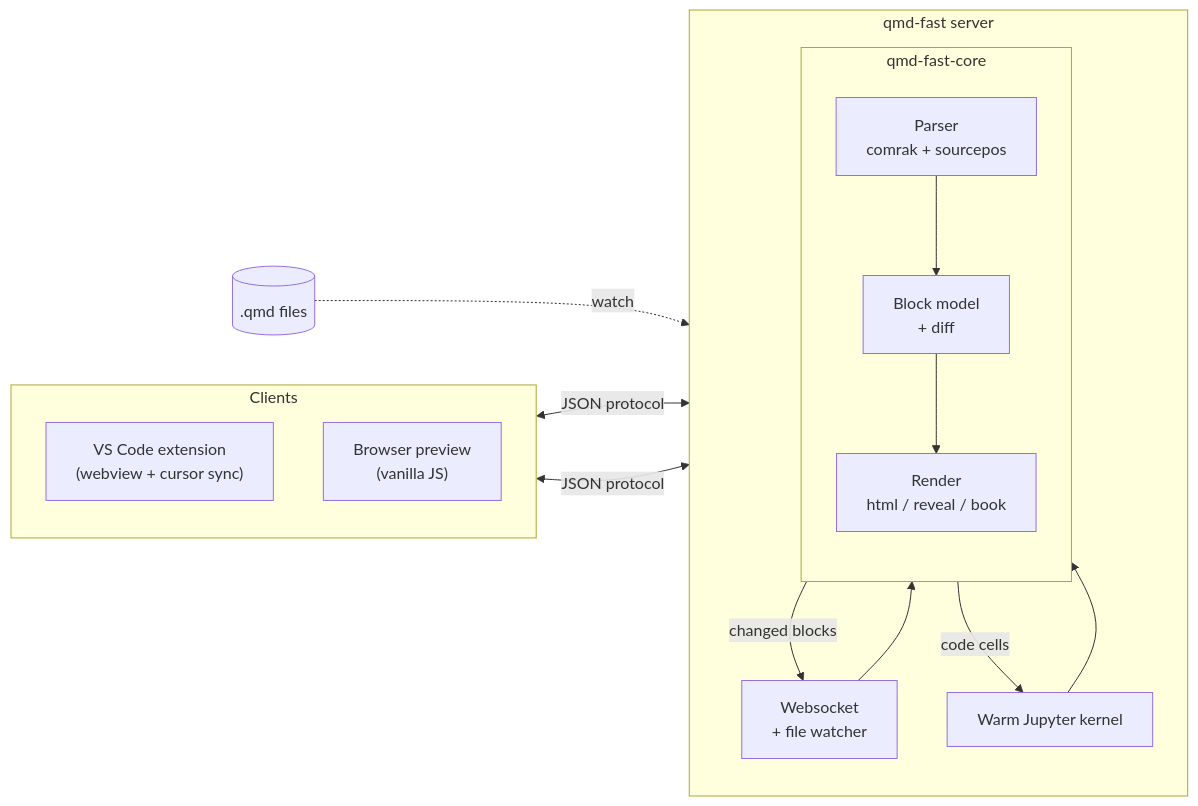
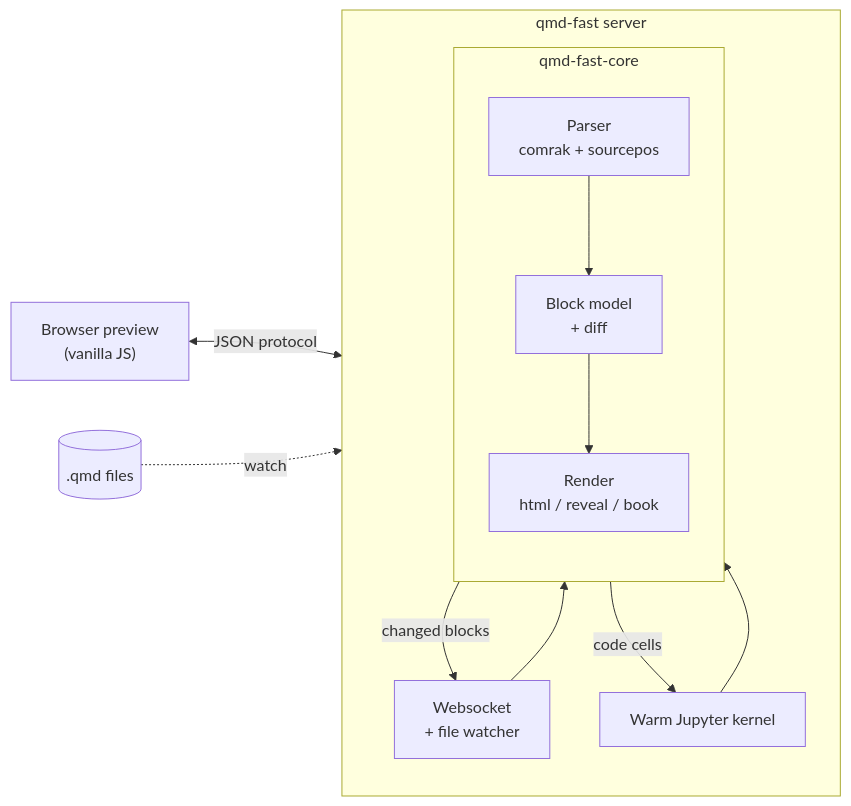
Before and after one commit to AJBogo9/taliesin: the first of 3 diagrams in docs/index.qmd, drawn with Mermaid. The commit also changed other lines of this file and 30 other files, not shown here.

First line of the commit message:
Single-page features + remove VS Code extension

````diff
--- a/docs/index.qmd
+++ b/docs/index.qmd
@@ -53,24 +58,21 @@
 ```{mermaid}
+%%| label: fig-architecture
+%%| fig-cap: "qmd-fast architecture: thin clients talk to the server over a websocket, and all rendering lives in the Rust core."
 flowchart LR
-  subgraph Clients
-    direction TB
-    VS["VS Code extension<br/>(webview + cursor sync)"]
-    BR["Browser preview<br/>(vanilla JS)"]
-  end
+  BR["Browser preview<br/>(vanilla JS)"]
   subgraph Server["qmd-fast server"]
     direction TB
     WS["Websocket<br/>+ file watcher"]
     subgraph Core["qmd-fast-core"]
       direction TB
       P["Parser<br/>comrak + sourcepos"] --> M["Block model<br/>+ diff"] --> R["Render<br/>html / reveal / book"]
     end
     K["Warm Jupyter kernel"]
   end
   F[(".qmd files")]
-  VS <-->|JSON protocol| WS
   BR <-->|JSON protocol| WS
   WS --> P
   R -->|changed blocks| WS
   F -.->|watch| WS
   M -->|code cells| K --> M
 ```
````
